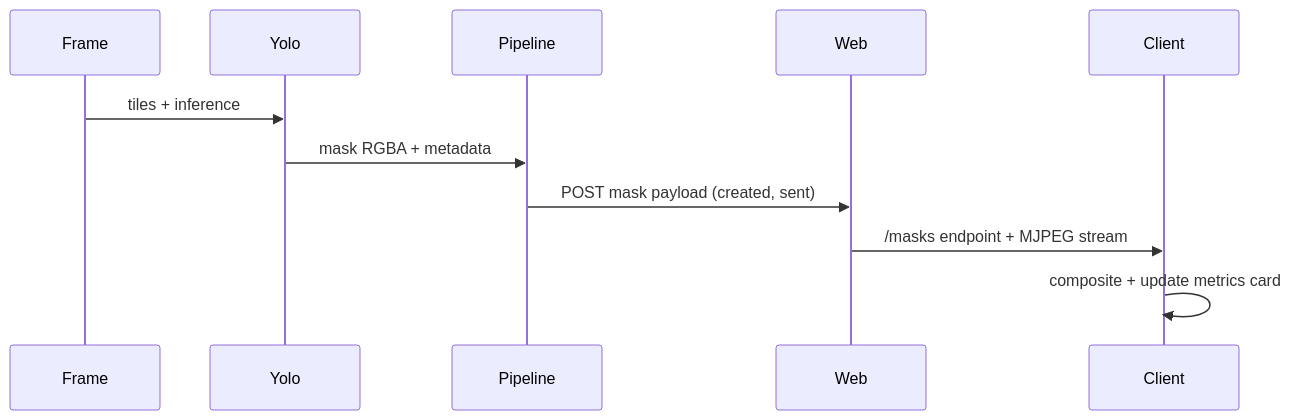
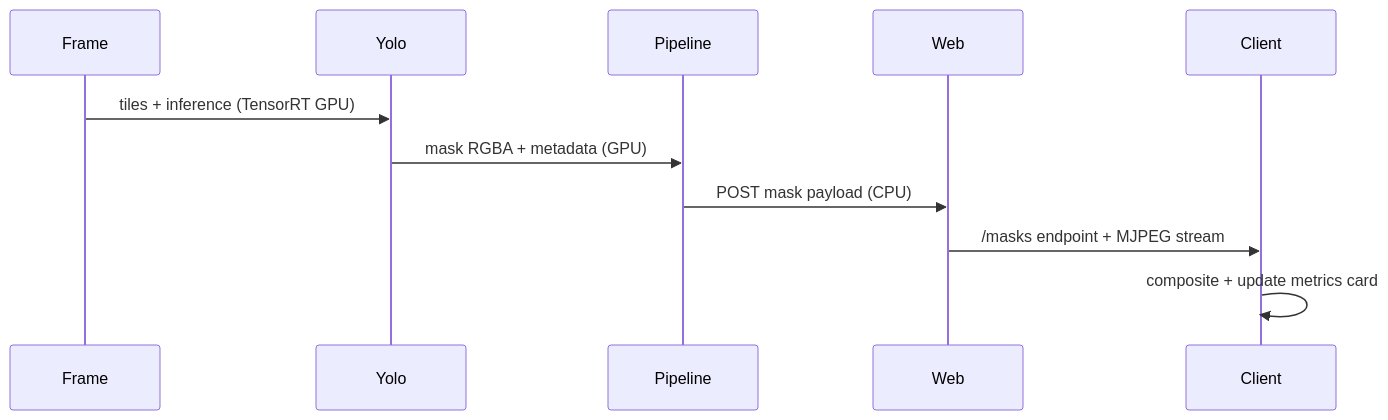
The third of 4 diagrams in README_ARCHITECTURE.md (Nutz95/PeopleCounter), drawn with Mermaid before and after one commit. The commit also changed other lines of this file and 8 other files, not shown here.

First line of the commit message:
feat/docs: Revise architecture and Docker documentation; add parameter guide

````diff
--- a/README_ARCHITECTURE.md
+++ b/README_ARCHITECTURE.md
@@ -56,14 +56,14 @@
 ```mermaid
 sequenceDiagram
    participant Frame
    participant Yolo
    participant Pipeline
    participant Web
    participant Client
 
-   Frame->>Yolo: tiles + inference
-   Yolo->>Pipeline: mask RGBA + metadata
-   Pipeline->>Web: POST mask payload (created, sent)
+   Frame->>Yolo: tiles + inference (TensorRT GPU)
+   Yolo->>Pipeline: mask RGBA + metadata (GPU)
+   Pipeline->>Web: POST mask payload (CPU)
    Web->>Client: /masks endpoint + MJPEG stream
    Client->>Client: composite + update metrics card
 ```
````
